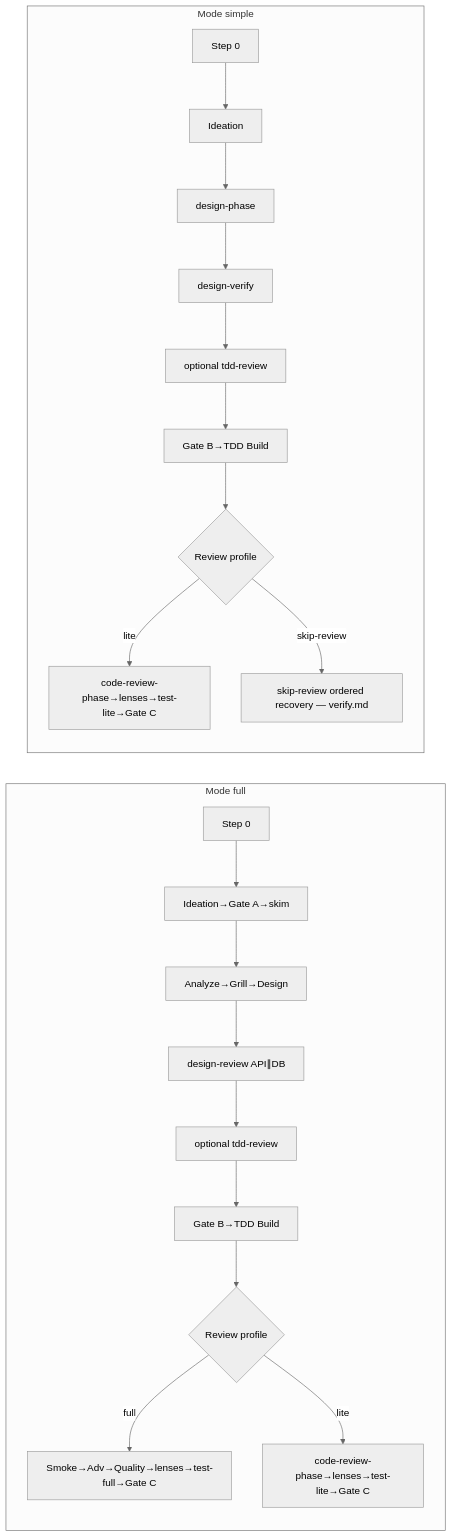
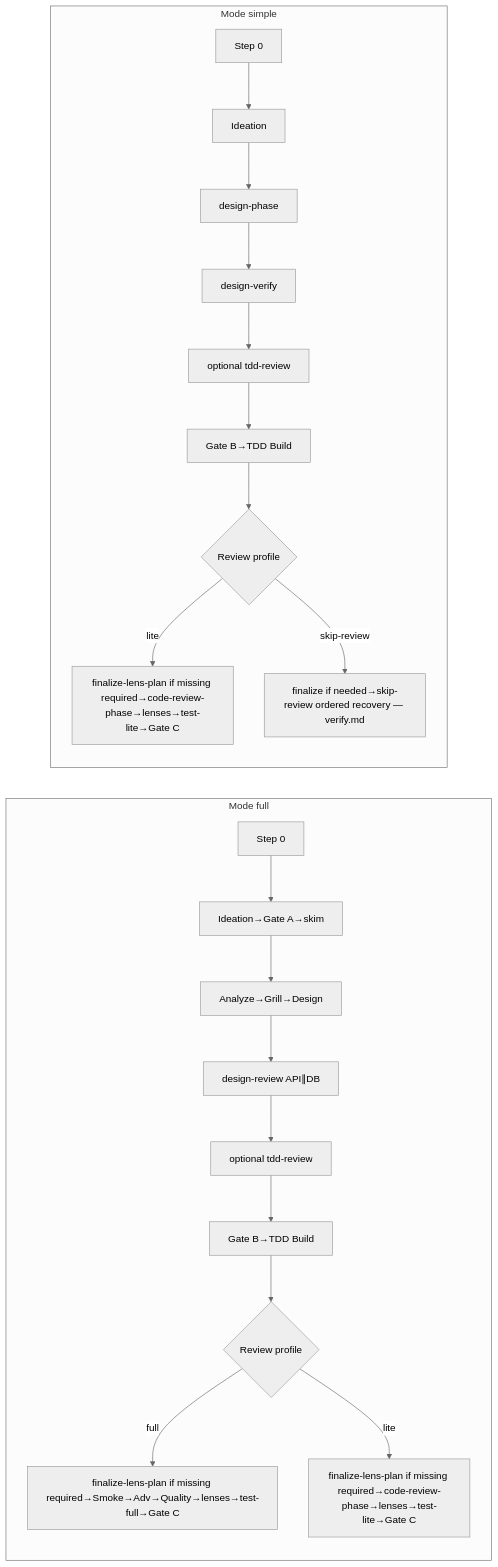
One commit to ezcafe/dotfiles changed the diagram in AI/skills/my-dev-flow-v3/stages.md. Above: the diagram before and after it, drawn with Mermaid (neutral theme). The commit also changed other lines of this file and 77 other files, not shown here.

First line of the commit message:
Enhance 'my-dev-flow' documentation with isolated subflow guidelines and orchestration updates

````diff
--- a/AI/skills/my-dev-flow-v3/stages.md
+++ b/AI/skills/my-dev-flow-v3/stages.md
@@ -29,23 +33,23 @@
 ```mermaid
 flowchart LR
   subgraph full [Mode full]
     F0[Step 0] --> F1[Ideation→Gate A→skim]
     F1 --> F2[Analyze→Grill→Design]
     F2 --> F3[design-review API∥DB]
     F3 --> F3a[optional tdd-review]
     F3a --> F4[Gate B→TDD Build]
     F4 --> F5{Review profile}
-    F5 -->|full| F6[Smoke→Adv→Quality→lenses→test-full→Gate C]
-    F5 -->|lite| F7[code-review-phase→lenses→test-lite→Gate C]
+    F5 -->|full| F6[finalize-lens-plan if missing required→Smoke→Adv→Quality→lenses→test-full→Gate C]
+    F5 -->|lite| F7[finalize-lens-plan if missing required→code-review-phase→lenses→test-lite→Gate C]
   end
   subgraph simple [Mode simple]
     S0[Step 0] --> S0a[Ideation]
     S0a --> S1[design-phase]
     S1 --> S2[design-verify]
     S2 --> S2a[optional tdd-review]
     S2a --> S3[Gate B→TDD Build]
     S3 --> S4{Review profile}
-    S4 -->|lite| S5[code-review-phase→lenses→test-lite→Gate C]
-    S4 -->|skip-review| S6[skip-review ordered recovery — verify.md]
+    S4 -->|lite| S5[finalize-lens-plan if missing required→code-review-phase→lenses→test-lite→Gate C]
+    S4 -->|skip-review| S6[finalize if needed→skip-review ordered recovery — verify.md]
   end
 ```
````
